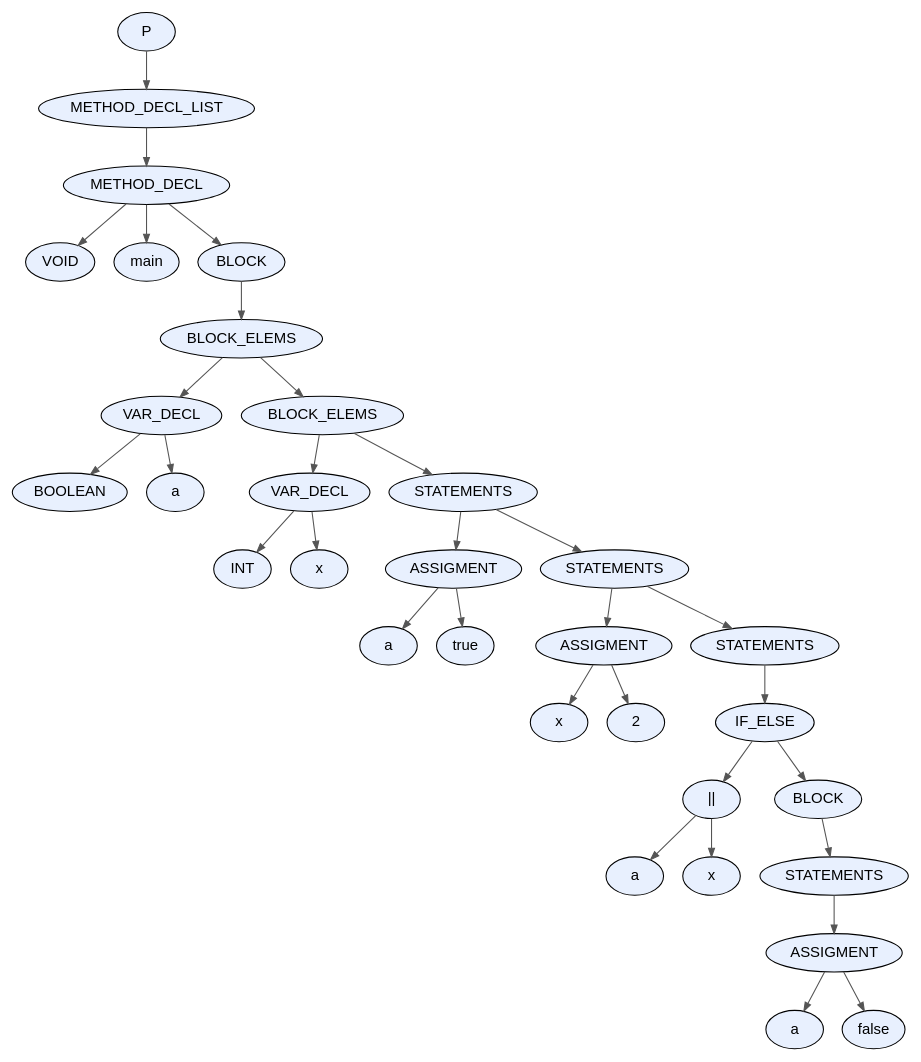
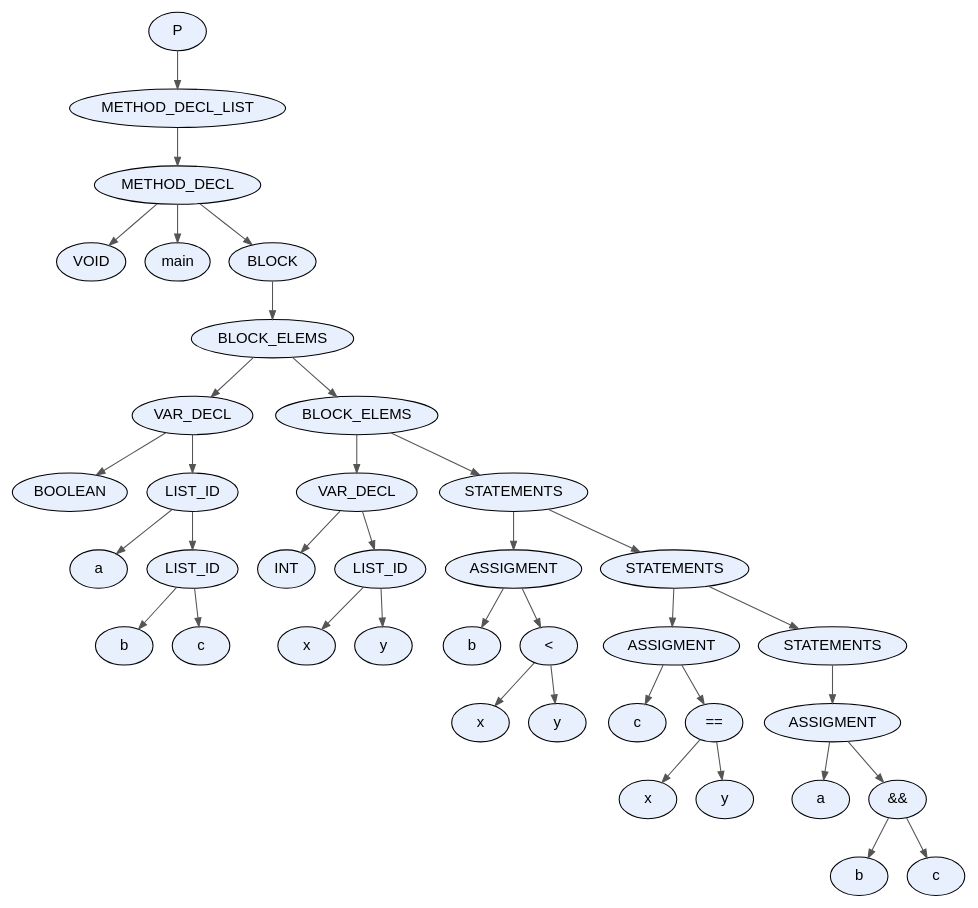
One commit to facundo-dario-loser/TDS2026 changed the diagram in proyecto/dot_files/test35.dot. Above: the diagram before and after it, drawn with Graphviz. The commit also changed 8 other files, not shown here.

```diff
--- a/proyecto/dot_files/test35.dot
+++ b/proyecto/dot_files/test35.dot
@@ -1,67 +1,79 @@
 digraph AST {
   node [fontname="Arial"];
   edge [arrowsize=0.8, color="#555555"];
-  "node_0x6223b056f4d0" [label="P", style=filled, fillcolor="#E8F0FE", shape=ellipse, style="rounded,filled"];
-  "node_0x6223b056f4d0" -> "node_0x6223b056f480";
-  "node_0x6223b056f480" [label="METHOD_DECL_LIST", style=filled, fillcolor="#E8F0FE", shape=ellipse, style="rounded,filled"];
-  "node_0x6223b056f480" -> "node_0x6223b056f430";
-  "node_0x6223b056f430" [label="METHOD_DECL", style=filled, fillcolor="#E8F0FE", shape=ellipse, style="rounded,filled"];
-  "node_0x6223b056f430" -> "node_0x6223b056f370";
-  "node_0x6223b056f370" [label="VOID", style=filled, fillcolor="#E8F0FE", shape=ellipse, style="rounded,filled"];
-  "node_0x6223b056f430" -> "node_0x6223b056f3c0";
-  "node_0x6223b056f3c0" [label="main", style=filled, fillcolor="#E8F0FE", shape=ellipse, style="rounded,filled"];
-  "node_0x6223b056f430" -> "node_0x6223b056f320";
-  "node_0x6223b056f320" [label="BLOCK", style=filled, fillcolor="#E8F0FE", shape=ellipse, style="rounded,filled"];
-  "node_0x6223b056f320" -> "node_0x6223b056f2d0";
-  "node_0x6223b056f2d0" [label="BLOCK_ELEMS", style=filled, fillcolor="#E8F0FE", shape=ellipse, style="rounded,filled"];
-  "node_0x6223b056f2d0" -> "node_0x6223b056ea20";
-  "node_0x6223b056ea20" [label="VAR_DECL", style=filled, fillcolor="#E8F0FE", shape=ellipse, style="rounded,filled"];
-  "node_0x6223b056ea20" -> "node_0x6223b056e940";
-  "node_0x6223b056e940" [label="BOOLEAN", style=filled, fillcolor="#E8F0FE", shape=ellipse, style="rounded,filled"];
-  "node_0x6223b056ea20" -> "node_0x6223b056e9b0";
-  "node_0x6223b056e9b0" [label="a", style=filled, fillcolor="#E8F0FE", shape=ellipse, style="rounded,filled"];
-  "node_0x6223b056f2d0" -> "node_0x6223b056f280";
-  "node_0x6223b056f280" [label="BLOCK_ELEMS", style=filled, fillcolor="#E8F0FE", shape=ellipse, style="rounded,filled"];
-  "node_0x6223b056f280" -> "node_0x6223b056eb50";
-  "node_0x6223b056eb50" [label="VAR_DECL", style=filled, fillcolor="#E8F0FE", shape=ellipse, style="rounded,filled"];
-  "node_0x6223b056eb50" -> "node_0x6223b056ea70";
-  "node_0x6223b056ea70" [label="INT", style=filled, fillcolor="#E8F0FE", shape=ellipse, style="rounded,filled"];
-  "node_0x6223b056eb50" -> "node_0x6223b056eae0";
-  "node_0x6223b056eae0" [label="x", style=filled, fillcolor="#E8F0FE", shape=ellipse, style="rounded,filled"];
-  "node_0x6223b056f280" -> "node_0x6223b056f230";
-  "node_0x6223b056f230" [label="STATEMENTS", style=filled, fillcolor="#E8F0FE", shape=ellipse, style="rounded,filled"];
-  "node_0x6223b056f230" -> "node_0x6223b056ec80";
-  "node_0x6223b056ec80" [label="ASSIGMENT", style=filled, fillcolor="#E8F0FE", shape=ellipse, style="rounded,filled"];
-  "node_0x6223b056ec80" -> "node_0x6223b056ec10";
-  "node_0x6223b056ec10" [label="a", style=filled, fillcolor="#E8F0FE", shape=ellipse, style="rounded,filled"];
-  "node_0x6223b056ec80" -> "node_0x6223b056ebc0";
-  "node_0x6223b056ebc0" [label="true", style=filled, fillcolor="#E8F0FE", shape=ellipse, style="rounded,filled"];
-  "node_0x6223b056f230" -> "node_0x6223b056f1e0";
-  "node_0x6223b056f1e0" [label="STATEMENTS", style=filled, fillcolor="#E8F0FE", shape=ellipse, style="rounded,filled"];
-  "node_0x6223b056f1e0" -> "node_0x6223b056edb0";
-  "node_0x6223b056edb0" [label="ASSIGMENT", style=filled, fillcolor="#E8F0FE", shape=ellipse, style="rounded,filled"];
-  "node_0x6223b056edb0" -> "node_0x6223b056ed40";
-  "node_0x6223b056ed40" [label="x", style=filled, fillcolor="#E8F0FE", shape=ellipse, style="rounded,filled"];
-  "node_0x6223b056edb0" -> "node_0x6223b056ecf0";
-  "node_0x6223b056ecf0" [label="2", style=filled, fillcolor="#E8F0FE", shape=ellipse, style="rounded,filled"];
-  "node_0x6223b056f1e0" -> "node_0x6223b056f190";
-  "node_0x6223b056f190" [label="STATEMENTS", style=filled, fillcolor="#E8F0FE", shape=ellipse, style="rounded,filled"];
-  "node_0x6223b056f190" -> "node_0x6223b056f140";
-  "node_0x6223b056f140" [label="IF_ELSE", style=filled, fillcolor="#E8F0FE", shape=ellipse, style="rounded,filled"];
-  "node_0x6223b056f140" -> "node_0x6223b056ef20";
-  "node_0x6223b056ef20" [label="||", style=filled, fillcolor="#E8F0FE", shape=ellipse, style="rounded,filled"];
-  "node_0x6223b056ef20" -> "node_0x6223b056ee20";
-  "node_0x6223b056ee20" [label="a", style=filled, fillcolor="#E8F0FE", shape=ellipse, style="rounded,filled"];
-  "node_0x6223b056ef20" -> "node_0x6223b056eeb0";
-  "node_0x6223b056eeb0" [label="x", style=filled, fillcolor="#E8F0FE", shape=ellipse, style="rounded,filled"];
-  "node_0x6223b056f140" -> "node_0x6223b056f0f0";
-  "node_0x6223b056f0f0" [label="BLOCK", style=filled, fillcolor="#E8F0FE", shape=ellipse, style="rounded,filled"];
-  "node_0x6223b056f0f0" -> "node_0x6223b056f0a0";
-  "node_0x6223b056f0a0" [label="STATEMENTS", style=filled, fillcolor="#E8F0FE", shape=ellipse, style="rounded,filled"];
-  "node_0x6223b056f0a0" -> "node_0x6223b056f050";
-  "node_0x6223b056f050" [label="ASSIGMENT", style=filled, fillcolor="#E8F0FE", shape=ellipse, style="rounded,filled"];
-  "node_0x6223b056f050" -> "node_0x6223b056efe0";
-  "node_0x6223b056efe0" [label="a", style=filled, fillcolor="#E8F0FE", shape=ellipse, style="rounded,filled"];
-  "node_0x6223b056f050" -> "node_0x6223b056ef90";
-  "node_0x6223b056ef90" [label="false", style=filled, fillcolor="#E8F0FE", shape=ellipse, style="rounded,filled"];
+  "node_0x56e522ba2870" [label="P", style=filled, fillcolor="#E8F0FE", shape=ellipse, style="rounded,filled"];
+  "node_0x56e522ba2870" -> "node_0x56e522ba2820";
+  "node_0x56e522ba2820" [label="METHOD_DECL_LIST", style=filled, fillcolor="#E8F0FE", shape=ellipse, style="rounded,filled"];
+  "node_0x56e522ba2820" -> "node_0x56e522ba27d0";
+  "node_0x56e522ba27d0" [label="METHOD_DECL", style=filled, fillcolor="#E8F0FE", shape=ellipse, style="rounded,filled"];
+  "node_0x56e522ba27d0" -> "node_0x56e522ba2710";
+  "node_0x56e522ba2710" [label="VOID", style=filled, fillcolor="#E8F0FE", shape=ellipse, style="rounded,filled"];
+  "node_0x56e522ba27d0" -> "node_0x56e522ba2760";
+  "node_0x56e522ba2760" [label="main", style=filled, fillcolor="#E8F0FE", shape=ellipse, style="rounded,filled"];
+  "node_0x56e522ba27d0" -> "node_0x56e522ba26c0";
+  "node_0x56e522ba26c0" [label="BLOCK", style=filled, fillcolor="#E8F0FE", shape=ellipse, style="rounded,filled"];
+  "node_0x56e522ba26c0" -> "node_0x56e522ba2670";
+  "node_0x56e522ba2670" [label="BLOCK_ELEMS", style=filled, fillcolor="#E8F0FE", shape=ellipse, style="rounded,filled"];
+  "node_0x56e522ba2670" -> "node_0x56e522ba1be0";
+  "node_0x56e522ba1be0" [label="VAR_DECL", style=filled, fillcolor="#E8F0FE", shape=ellipse, style="rounded,filled"];
+  "node_0x56e522ba1be0" -> "node_0x56e522ba1940";
+  "node_0x56e522ba1940" [label="BOOLEAN", style=filled, fillcolor="#E8F0FE", shape=ellipse, style="rounded,filled"];
+  "node_0x56e522ba1be0" -> "node_0x56e522ba1b90";
+  "node_0x56e522ba1b90" [label="LIST_ID", style=filled, fillcolor="#E8F0FE", shape=ellipse, style="rounded,filled"];
+  "node_0x56e522ba1b90" -> "node_0x56e522ba1b20";
+  "node_0x56e522ba1b20" [label="a", style=filled, fillcolor="#E8F0FE", shape=ellipse, style="rounded,filled"];
+  "node_0x56e522ba1b90" -> "node_0x56e522ba1ad0";
+  "node_0x56e522ba1ad0" [label="LIST_ID", style=filled, fillcolor="#E8F0FE", shape=ellipse, style="rounded,filled"];
+  "node_0x56e522ba1ad0" -> "node_0x56e522ba1a60";
+  "node_0x56e522ba1a60" [label="b", style=filled, fillcolor="#E8F0FE", shape=ellipse, style="rounded,filled"];
+  "node_0x56e522ba1ad0" -> "node_0x56e522ba19f0";
+  "node_0x56e522ba19f0" [label="c", style=filled, fillcolor="#E8F0FE", shape=ellipse, style="rounded,filled"];
+  "node_0x56e522ba2670" -> "node_0x56e522ba2620";
+  "node_0x56e522ba2620" [label="BLOCK_ELEMS", style=filled, fillcolor="#E8F0FE", shape=ellipse, style="rounded,filled"];
+  "node_0x56e522ba2620" -> "node_0x56e522ba1df0";
+  "node_0x56e522ba1df0" [label="VAR_DECL", style=filled, fillcolor="#E8F0FE", shape=ellipse, style="rounded,filled"];
+  "node_0x56e522ba1df0" -> "node_0x56e522ba1c30";
+  "node_0x56e522ba1c30" [label="INT", style=filled, fillcolor="#E8F0FE", shape=ellipse, style="rounded,filled"];
+  "node_0x56e522ba1df0" -> "node_0x56e522ba1da0";
+  "node_0x56e522ba1da0" [label="LIST_ID", style=filled, fillcolor="#E8F0FE", shape=ellipse, style="rounded,filled"];
+  "node_0x56e522ba1da0" -> "node_0x56e522ba1d30";
+  "node_0x56e522ba1d30" [label="x", style=filled, fillcolor="#E8F0FE", shape=ellipse, style="rounded,filled"];
+  "node_0x56e522ba1da0" -> "node_0x56e522ba1cc0";
+  "node_0x56e522ba1cc0" [label="y", style=filled, fillcolor="#E8F0FE", shape=ellipse, style="rounded,filled"];
+  "node_0x56e522ba2620" -> "node_0x56e522ba25d0";
+  "node_0x56e522ba25d0" [label="STATEMENTS", style=filled, fillcolor="#E8F0FE", shape=ellipse, style="rounded,filled"];
+  "node_0x56e522ba25d0" -> "node_0x56e522ba2040";
+  "node_0x56e522ba2040" [label="ASSIGMENT", style=filled, fillcolor="#E8F0FE", shape=ellipse, style="rounded,filled"];
+  "node_0x56e522ba2040" -> "node_0x56e522ba1fd0";
+  "node_0x56e522ba1fd0" [label="b", style=filled, fillcolor="#E8F0FE", shape=ellipse, style="rounded,filled"];
+  "node_0x56e522ba2040" -> "node_0x56e522ba1f80";
+  "node_0x56e522ba1f80" [label="<", style=filled, fillcolor="#E8F0FE", shape=ellipse, style="rounded,filled"];
+  "node_0x56e522ba1f80" -> "node_0x56e522ba1e80";
+  "node_0x56e522ba1e80" [label="x", style=filled, fillcolor="#E8F0FE", shape=ellipse, style="rounded,filled"];
+  "node_0x56e522ba1f80" -> "node_0x56e522ba1f10";
+  "node_0x56e522ba1f10" [label="y", style=filled, fillcolor="#E8F0FE", shape=ellipse, style="rounded,filled"];
+  "node_0x56e522ba25d0" -> "node_0x56e522ba2580";
+  "node_0x56e522ba2580" [label="STATEMENTS", style=filled, fillcolor="#E8F0FE", shape=ellipse, style="rounded,filled"];
+  "node_0x56e522ba2580" -> "node_0x56e522ba2290";
+  "node_0x56e522ba2290" [label="ASSIGMENT", style=filled, fillcolor="#E8F0FE", shape=ellipse, style="rounded,filled"];
+  "node_0x56e522ba2290" -> "node_0x56e522ba2220";
+  "node_0x56e522ba2220" [label="c", style=filled, fillcolor="#E8F0FE", shape=ellipse, style="rounded,filled"];
+  "node_0x56e522ba2290" -> "node_0x56e522ba21d0";
+  "node_0x56e522ba21d0" [label="==", style=filled, fillcolor="#E8F0FE", shape=ellipse, style="rounded,filled"];
+  "node_0x56e522ba21d0" -> "node_0x56e522ba20d0";
+  "node_0x56e522ba20d0" [label="x", style=filled, fillcolor="#E8F0FE", shape=ellipse, style="rounded,filled"];
+  "node_0x56e522ba21d0" -> "node_0x56e522ba2160";
+  "node_0x56e522ba2160" [label="y", style=filled, fillcolor="#E8F0FE", shape=ellipse, style="rounded,filled"];
+  "node_0x56e522ba2580" -> "node_0x56e522ba2530";
+  "node_0x56e522ba2530" [label="STATEMENTS", style=filled, fillcolor="#E8F0FE", shape=ellipse, style="rounded,filled"];
+  "node_0x56e522ba2530" -> "node_0x56e522ba24e0";
+  "node_0x56e522ba24e0" [label="ASSIGMENT", style=filled, fillcolor="#E8F0FE", shape=ellipse, style="rounded,filled"];
+  "node_0x56e522ba24e0" -> "node_0x56e522ba2470";
+  "node_0x56e522ba2470" [label="a", style=filled, fillcolor="#E8F0FE", shape=ellipse, style="rounded,filled"];
+  "node_0x56e522ba24e0" -> "node_0x56e522ba2420";
+  "node_0x56e522ba2420" [label="&&", style=filled, fillcolor="#E8F0FE", shape=ellipse, style="rounded,filled"];
+  "node_0x56e522ba2420" -> "node_0x56e522ba2320";
+  "node_0x56e522ba2320" [label="b", style=filled, fillcolor="#E8F0FE", shape=ellipse, style="rounded,filled"];
+  "node_0x56e522ba2420" -> "node_0x56e522ba23b0";
+  "node_0x56e522ba23b0" [label="c", style=filled, fillcolor="#E8F0FE", shape=ellipse, style="rounded,filled"];
 }
```
